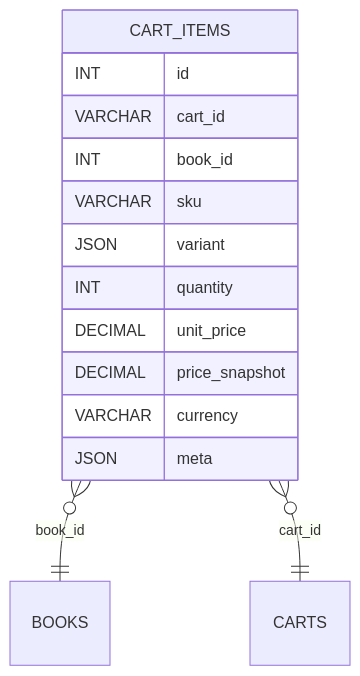
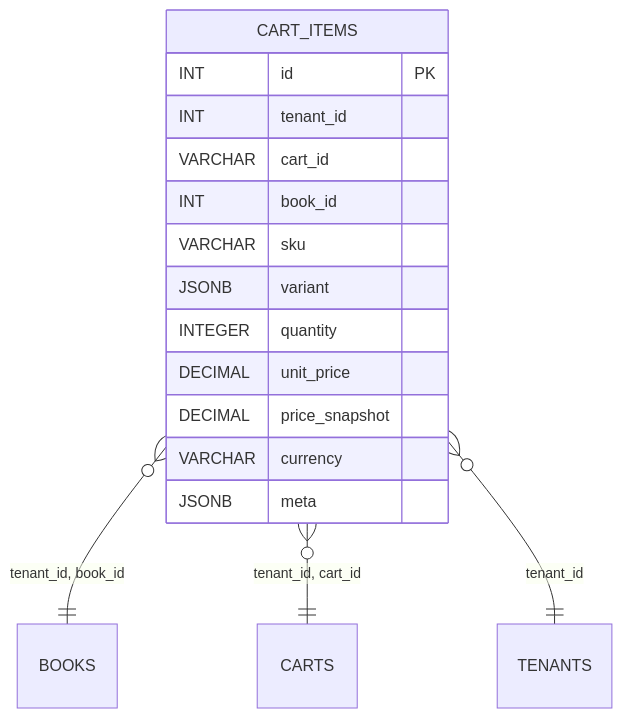
One commit to blackcatdatabase/table-cart-items changed the diagram in README.md. Above: the diagram before and after it, drawn with Mermaid. The commit also changed other lines of this file and 21 other files, not shown here.

Commit message:
regen schema (#1)

````diff
--- a/README.md
+++ b/README.md
@@ -57,17 +62,19 @@
 ```mermaid
 erDiagram
   CART_ITEMS {
-    INT id
+    INT id PK
+    INT tenant_id
     VARCHAR cart_id
     INT book_id
     VARCHAR sku
-    JSON variant
-    INT quantity
+    JSONB variant
+    INTEGER quantity
     DECIMAL unit_price
     DECIMAL price_snapshot
     VARCHAR currency
-    JSON meta
+    JSONB meta
   }
-  CART_ITEMS }o--|| BOOKS : "book_id"
-  CART_ITEMS }o--|| CARTS : "cart_id"
+  CART_ITEMS }o--|| BOOKS : "tenant_id, book_id"
+  CART_ITEMS }o--|| CARTS : "tenant_id, cart_id"
+  CART_ITEMS }o--|| TENANTS : "tenant_id"
 ```
````
